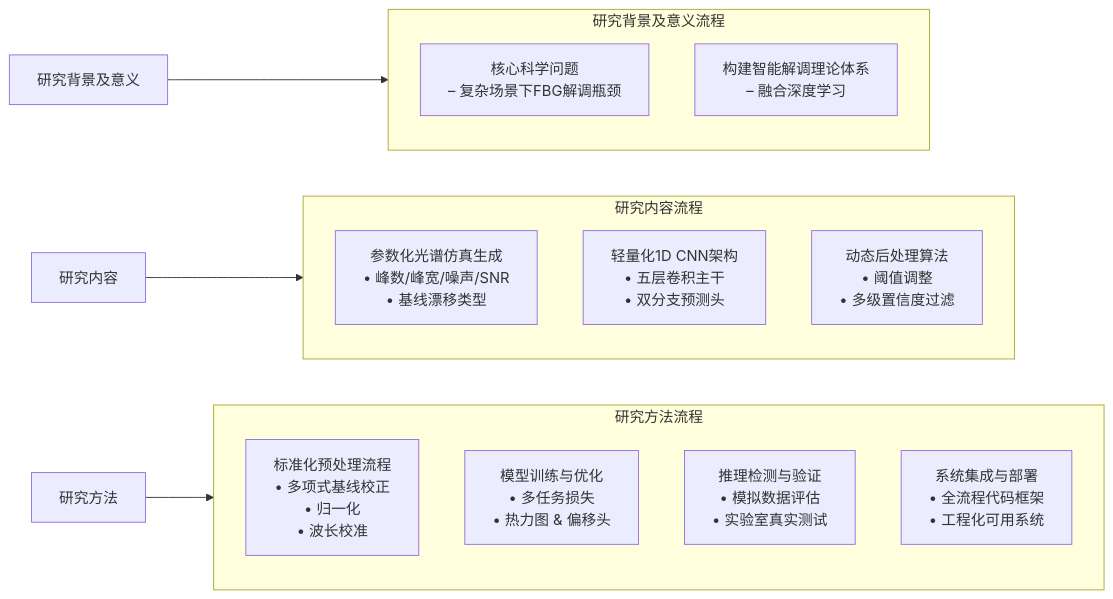
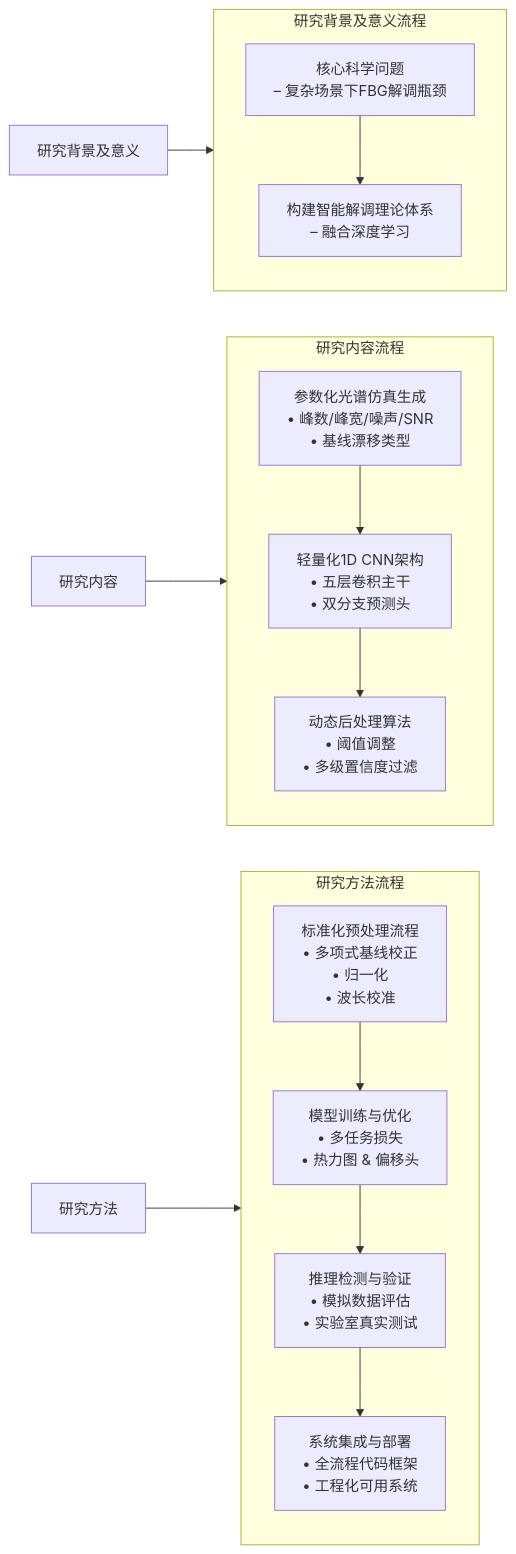
One commit to Chaccccccc/iodraw-files changed the diagram in all/未命名-1.md. Above: the diagram before and after it, drawn with Mermaid.

Commit message:
2025-05-24 12:49:21 update

````diff
--- a/all/未命名-1.md
+++ b/all/未命名-1.md
@@ -1,37 +1,38 @@
 ```mermaid
 flowchart LR
     %% 左侧：模块名称
     M1["研究背景及意义"]
     M2["研究内容"]
     M3["研究方法"]
 
     %% 模块一的流程图（子图）
     subgraph M1G["研究背景及意义流程"]
         direction TB
-        A1["核心科学问题\n– 复杂场景下FBG解调瓶颈"]
-        A2["构建智能解调理论体系\n– 融合深度学习"]
+        A1["核心科学问题\n– 复杂场景下FBG解调瓶颈"] --> A2["构建智能解调理论体系\n– 融合深度学习"]
     end
 
     %% 模块二的流程图（子图）
     subgraph M2G["研究内容流程"]
         direction TB
         B1["参数化光谱仿真生成\n• 峰数/峰宽/噪声/SNR\n• 基线漂移类型"]
         B2["轻量化1D CNN架构\n• 五层卷积主干\n• 双分支预测头"]
         B3["动态后处理算法\n• 阈值调整\n• 多级置信度过滤"]
+        B1 --> B2 --> B3
     end
 
     %% 模块三的流程图（子图）
     subgraph M3G["研究方法流程"]
         direction TB
         C1["标准化预处理流程\n• 多项式基线校正\n• 归一化\n• 波长校准"]
         C2["模型训练与优化\n• 多任务损失\n• 热力图 & 偏移头"]
         C3["推理检测与验证\n• 模拟数据评估\n• 实验室真实测试"]
         C4["系统集成与部署\n• 全流程代码框架\n• 工程化可用系统"]
+        C1 --> C2 --> C3 --> C4
     end
 
     %% 连线：模块 → 对应子图
     M1 --> M1G
     M2 --> M2G
     M3 --> M3G
 
 ```
````
